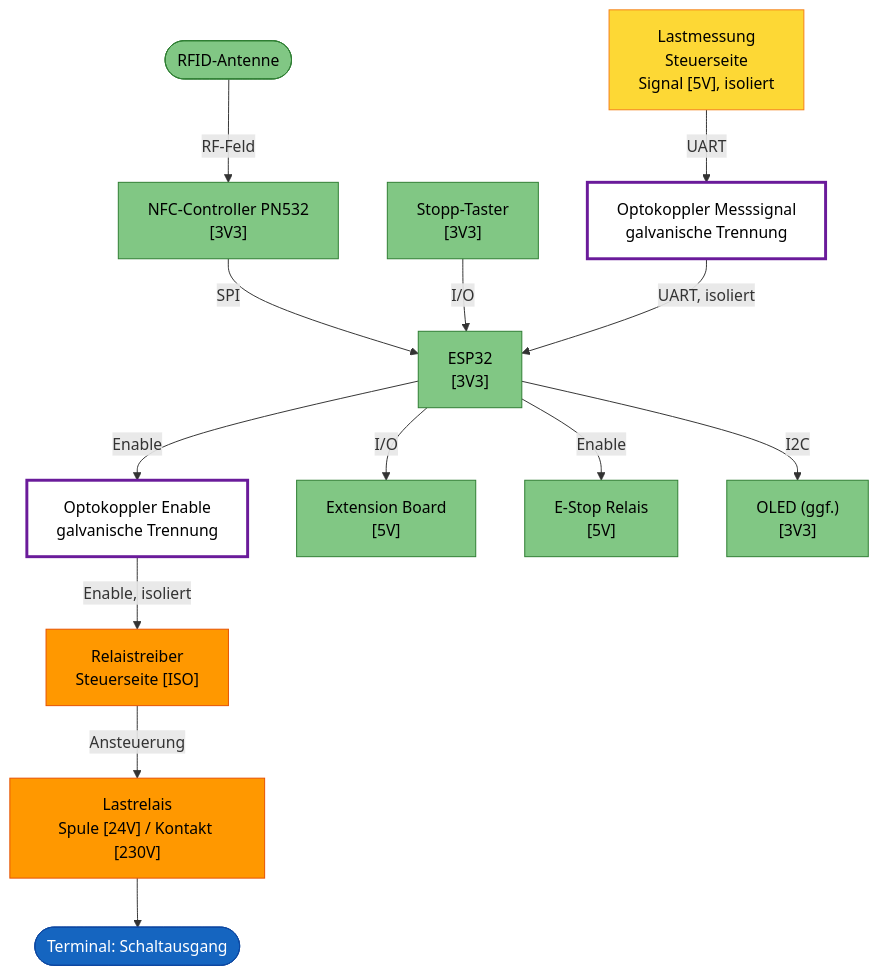
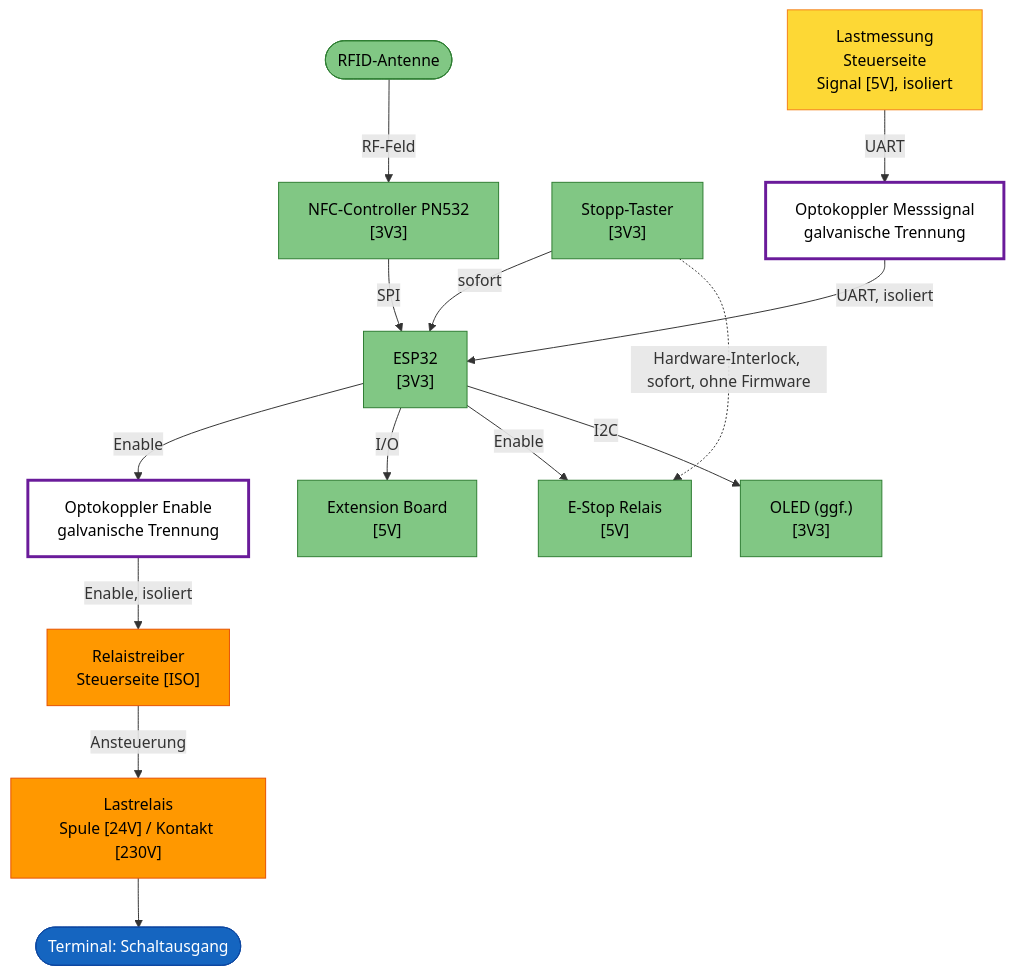
The third of 3 diagrams in hardware/projects/RFID_BOX/README.md (FREILab/easyVerwaltungHardware), drawn with Mermaid before and after one commit. The commit also changed other lines of this file, not shown here.

First line of the commit message:
docs: add Bauteilauswahl/TODO chapters, fix diagram inconsistencies

````diff
--- a/hardware/projects/RFID_BOX/README.md
+++ b/hardware/projects/RFID_BOX/README.md
@@ -284,46 +288,47 @@
 ```mermaid
 flowchart TB
     Antenne([RFID-Antenne])
     NFC["NFC-Controller PN532<br/>[3V3]"]
     ESP["ESP32<br/>[3V3]"]
     STOP["Stopp-Taster<br/>[3V3]"]
     OPTO_EN["Optokoppler Enable<br/>galvanische Trennung"]
     TREIBER["Relaistreiber<br/>Steuerseite [ISO]"]
     REL["Lastrelais<br/>Spule [24V] / Kontakt [230V]"]
     OUT([Terminal: Schaltausgang])
 
     MESS["Lastmessung<br/>Steuerseite<br/>Signal [5V], isoliert"]
     OPTO_FB["Optokoppler Messsignal<br/>galvanische Trennung"]
 
     EXT["Extension Board<br/>[5V]"]
     ESTOP["E-Stop Relais<br/>[5V]"]
     OLED["OLED (ggf.)<br/>[3V3]"]
 
     Antenne -->|RF-Feld| NFC
     NFC -->|SPI| ESP
     ESP -->|Enable| OPTO_EN
     OPTO_EN -->|Enable, isoliert| TREIBER
     TREIBER -->|Ansteuerung| REL
     REL --> OUT
 
-    STOP -->|I/O| ESP
+    STOP -->|sofort| ESP
+    STOP -.->|Hardware-Interlock, sofort, ohne Firmware| ESTOP
 
     MESS -->|UART| OPTO_FB
     OPTO_FB -->|UART, isoliert| ESP
 
     ESP -->|I/O| EXT
     ESP -->|Enable| ESTOP
     ESP -->|I2C| OLED
 
     classDef term230 fill:#1565c0,color:#fff,stroke:#0d47a1
     classDef part230 fill:#ff9800,color:#000,stroke:#e65100
     classDef partSELV fill:#81c784,color:#000,stroke:#2e7d32
     classDef iso fill:#fff,color:#000,stroke:#6a1b9a,stroke-width:3px
     classDef touch230 fill:#fdd835,color:#000,stroke:#f57f17
 
     class OUT term230
     class REL,TREIBER part230
     class Antenne,NFC,ESP,STOP,EXT,ESTOP,OLED partSELV
     class MESS touch230
     class OPTO_EN,OPTO_FB iso
 ```
````
